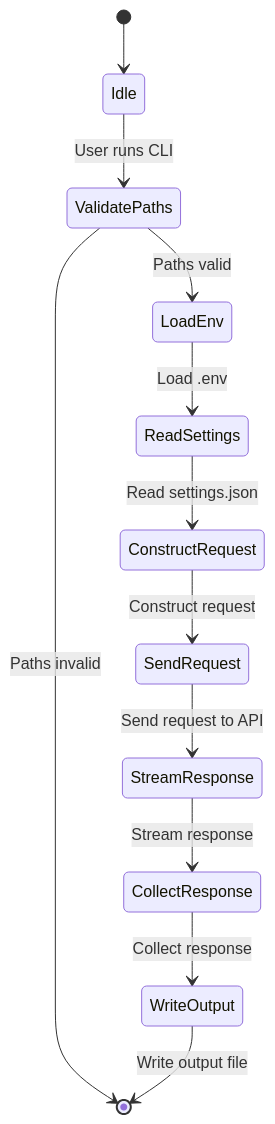
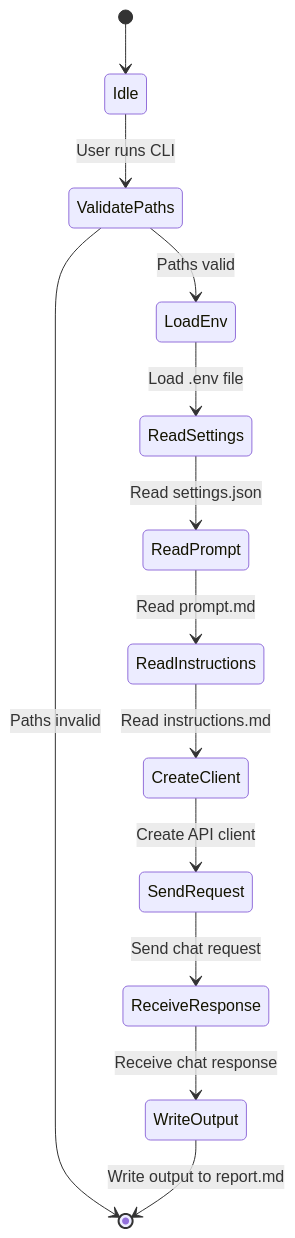
The second of 2 diagrams in samples/explain-this-code/report.md (sea-monkeys/bob), drawn with Mermaid before and after one commit. The commit also changed other lines of this file and 1 other file, not shown here.

````diff
--- a/samples/explain-this-code/report.md
+++ b/samples/explain-this-code/report.md
@@ -103,14 +50,15 @@
 ```mermaid
 stateDiagram-v2
     [*] --> Idle
     Idle --> ValidatePaths : User runs CLI
     ValidatePaths --> [*] : Paths invalid
     ValidatePaths --> LoadEnv : Paths valid
-    LoadEnv --> ReadSettings : Load .env
-    ReadSettings --> ConstructRequest : Read settings.json
-    ConstructRequest --> SendRequest : Construct request
-    SendRequest --> StreamResponse : Send request to API
-    StreamResponse --> CollectResponse : Stream response
-    CollectResponse --> WriteOutput : Collect response
-    WriteOutput --> [*] : Write output file
+    LoadEnv --> ReadSettings : Load .env file
+    ReadSettings --> ReadPrompt : Read settings.json
+    ReadPrompt --> ReadInstructions : Read prompt.md
+    ReadInstructions --> CreateClient : Read instructions.md
+    CreateClient --> SendRequest : Create API client
+    SendRequest --> ReceiveResponse : Send chat request
+    ReceiveResponse --> WriteOutput : Receive chat response
+    WriteOutput --> [*] : Write output to report.md
 ```
````
